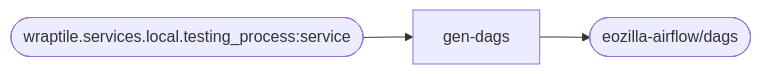
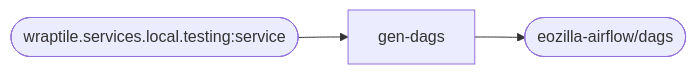
Before and after one commit to eo-tools/eozilla: the seventh of 7 diagrams in docs/architecture.md, drawn with Mermaid. The commit also changed other lines of this file and 32 other files, not shown here.

````diff
--- a/docs/architecture.md
+++ b/docs/architecture.md
@@ -292,11 +292,11 @@
 ```mermaid
 ---
 config:
   theme: default
 ---
 flowchart LR
-    local_service@{ shape: stadium, label: "wraptile.services.local.testing_process:service" }
+    local_service@{ shape: stadium, label: "wraptile.services.local.testing:service" }
     dags@{ shape: stadium, label: "eozilla-airflow/dags" }
     local_service --> gen-dags
     gen-dags --> dags
 ```
````
